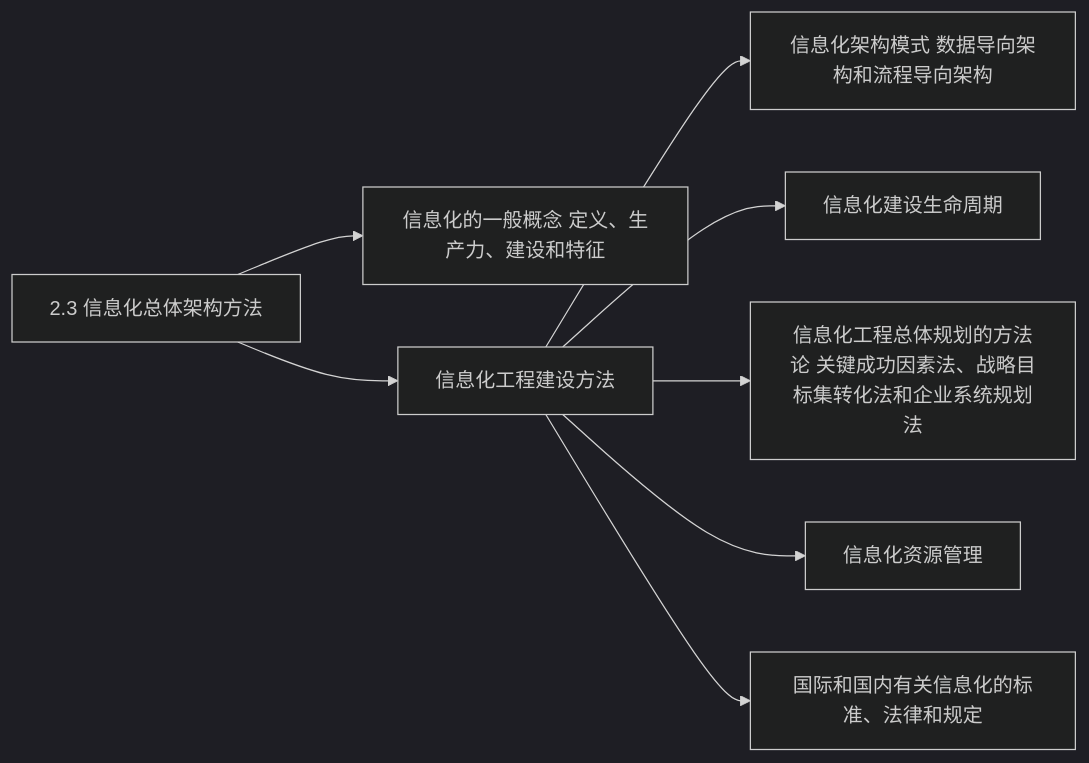
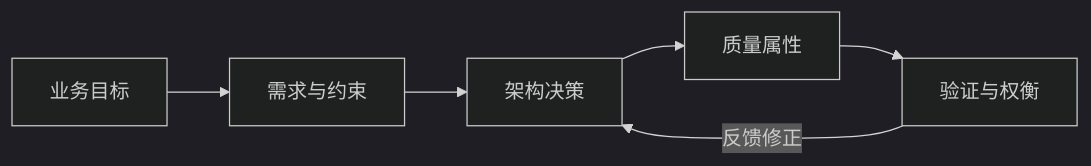
One commit to mingf423/ruankao changed the first of 9 diagrams in docs/system-architecture-designer/01_官方大纲与考试政策/02_案例分析大纲脑图.md. Above: the diagram before and after it, drawn with Mermaid (dark theme). The commit also changed other lines of this file, not shown here.

Commit message:
Redesign case diagrams as concise architecture concept maps

````diff
--- a/docs/system-architecture-designer/01_官方大纲与考试政策/02_案例分析大纲脑图.md
+++ b/docs/system-architecture-designer/01_官方大纲与考试政策/02_案例分析大纲脑图.md
@@ -94,18 +7,8 @@
 ```mermaid
 flowchart LR
-  R["2.3 信息化总体架构方法"]
-  N1["信息化的一般概念 定义、生产力、建设和特征"]
-  R --> N1
-  N2["信息化工程建设方法"]
-  R --> N2
-  N3["信息化架构模式 数据导向架构和流程导向架构"]
-  N2 --> N3
-  N4["信息化建设生命周期"]
-  N2 --> N4
-  N5["信息化工程总体规划的方法论 关键成功因素法、战略目标集转化法和企业系统规划法"]
-  N2 --> N5
-  N6["信息化资源管理"]
-  N2 --> N6
-  N7["国际和国内有关信息化的标准、法律和规定"]
-  N2 --> N7
+  A["业务目标"] --> B["需求与约束"]
+  B --> C["架构决策"]
+  C --> D["质量属性"]
+  D --> E["验证与权衡"]
+  E -->|"反馈修正"| C
 ```
````
